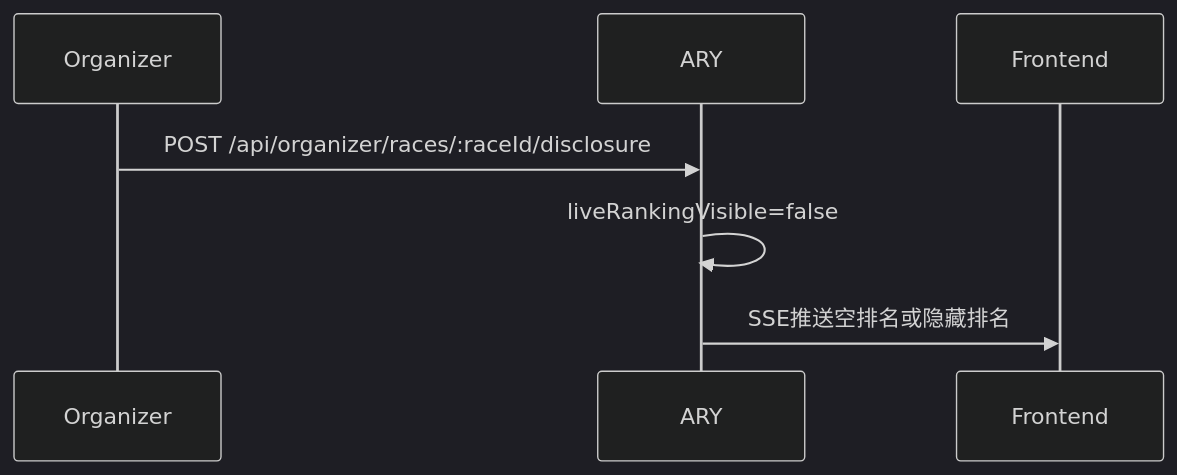
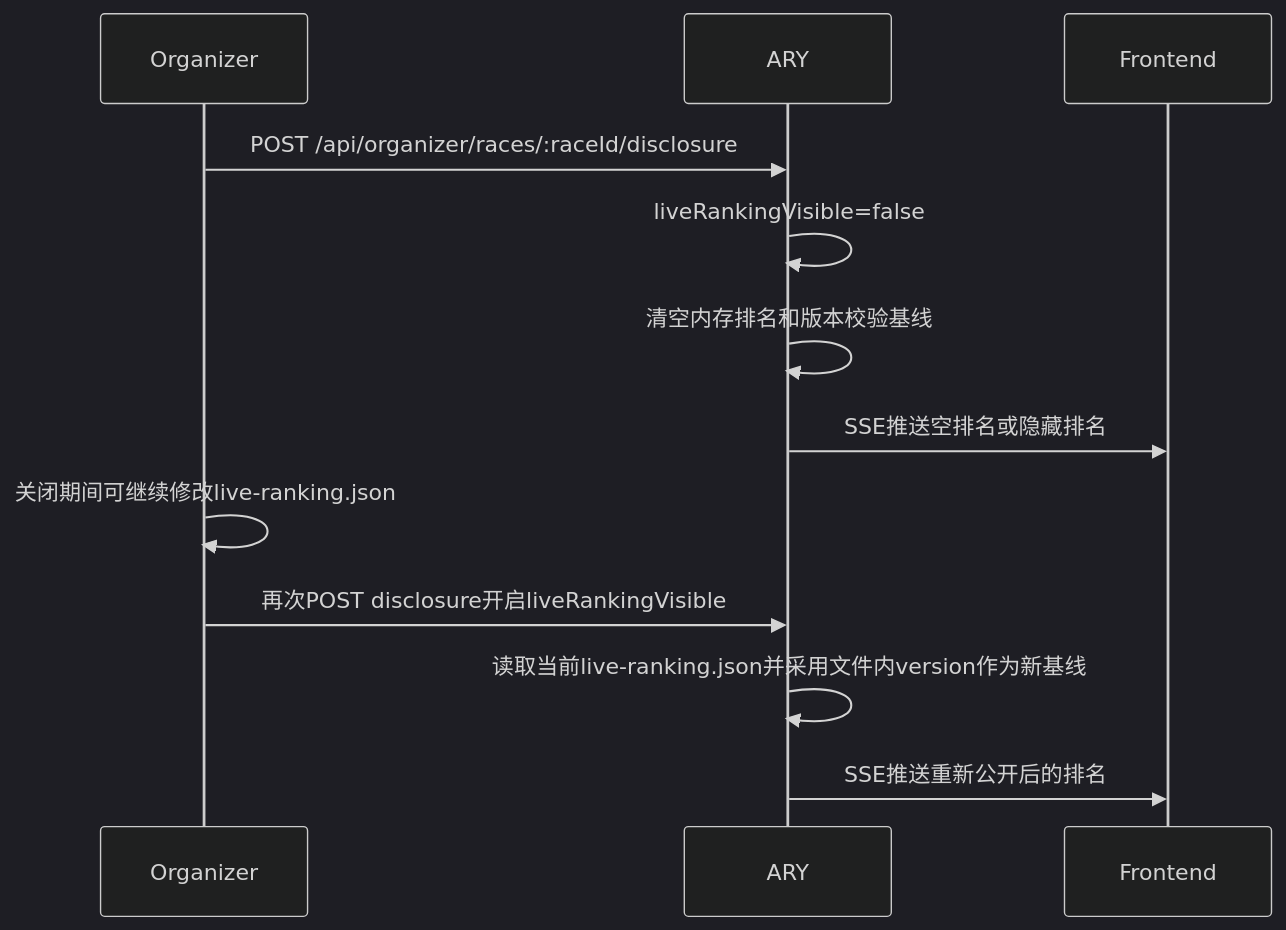
The seventh of 10 diagrams in GRS001_POC_TECH_DESIGN.md (Currygm/GRS001), drawn with Mermaid (dark theme) before and after one commit. The commit also changed other lines of this file and 3 other files, not shown here.

````diff
--- a/GRS001_POC_TECH_DESIGN.md
+++ b/GRS001_POC_TECH_DESIGN.md
@@ -1370,10 +1375,15 @@
 ```mermaid
 sequenceDiagram
   participant Organizer
   participant ARY
   participant Frontend
 
   Organizer->>ARY: POST /api/organizer/races/:raceId/disclosure
   ARY->>ARY: liveRankingVisible=false
+  ARY->>ARY: 清空内存排名和版本校验基线
   ARY->>Frontend: SSE推送空排名或隐藏排名
+  Organizer->>Organizer: 关闭期间可继续修改live-ranking.json
+  Organizer->>ARY: 再次POST disclosure开启liveRankingVisible
+  ARY->>ARY: 读取当前live-ranking.json并采用文件内version作为新基线
+  ARY->>Frontend: SSE推送重新公开后的排名
 ```
````
